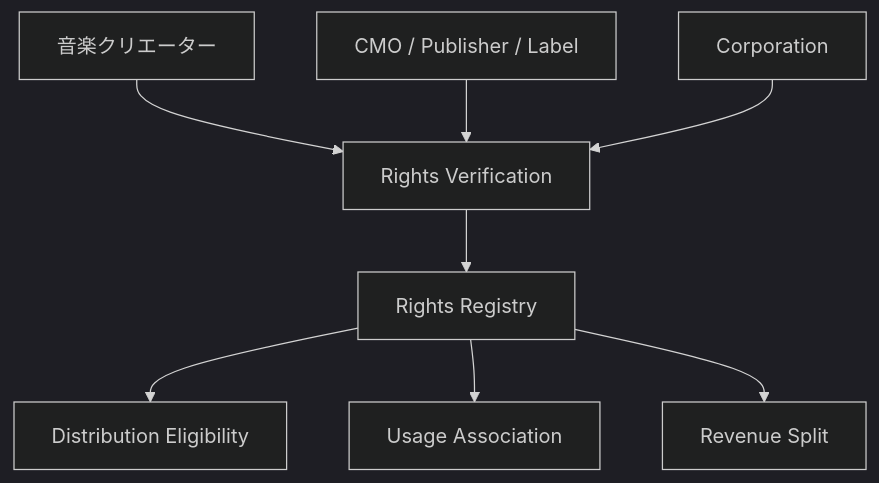
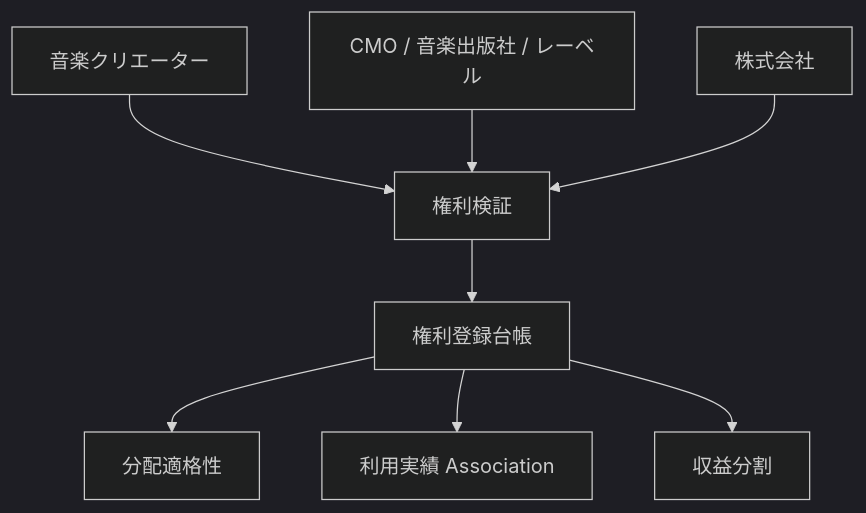
One commit to ShigeichiroYamasaki/creator-first-platform changed the tenth of 27 diagrams in docs/whitepaper/04-platform-architecture.md. Above: the diagram before and after it, drawn with Mermaid (dark theme). The commit also changed other lines of this file and 72 other files, not shown here.

````diff
--- a/docs/whitepaper/04-platform-architecture.md
+++ b/docs/whitepaper/04-platform-architecture.md
@@ -368,16 +368,16 @@
 ```mermaid
 flowchart TD
     CREATOR[音楽クリエーター]
-    CORP[Corporation]
-    CMO[CMO / Publisher / Label]
+    CORP[株式会社]
+    CMO[CMO / 音楽出版社 / レーベル]
 
-    CREATOR --> VERIFY[Rights Verification]
+    CREATOR --> VERIFY[権利検証]
     CMO --> VERIFY
     CORP --> VERIFY
 
-    VERIFY --> REG[Rights Registry]
+    VERIFY --> REG[権利登録台帳]
 
-    REG --> PLAYER[Distribution Eligibility]
-    REG --> ORACLE[Usage Association]
-    REG --> SC[Revenue Split]
+    REG --> PLAYER[分配適格性]
+    REG --> ORACLE[利用実績 Association]
+    REG --> SC[収益分割]
 ```
````
